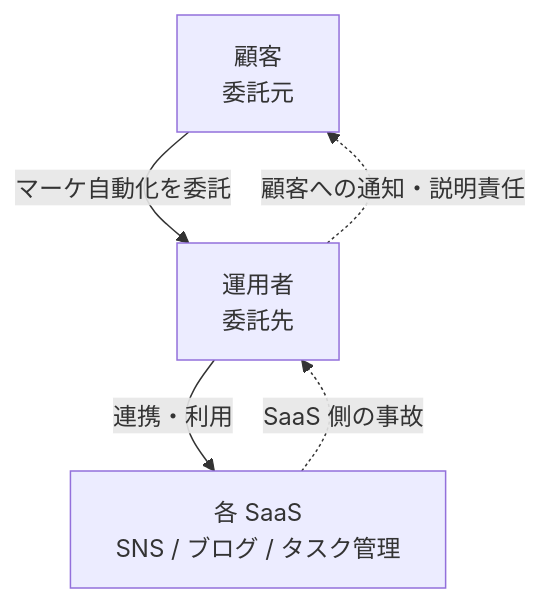
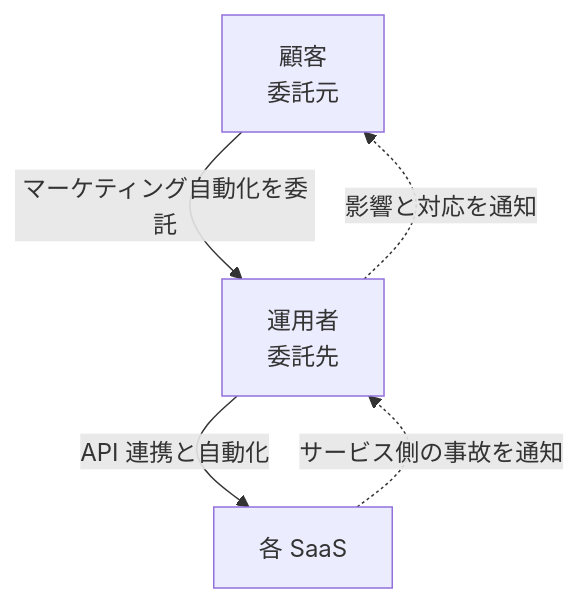
The diagram in docs/05_worked_example.md (suwa-sh/shared-infra-incident-readiness), drawn with Mermaid before and after one commit. The commit also changed other lines of this file and 10 other files, not shown here.

````diff
--- a/docs/05_worked_example.md
+++ b/docs/05_worked_example.md
@@ -30,7 +39,7 @@
 ```mermaid
 graph TB
-  customer["顧客<br/>委託元"] -->|"マーケ自動化を委託"| operator["運用者<br/>委託先"]
-  operator -->|"連携・利用"| saas["各 SaaS<br/>SNS / ブログ / タスク管理"]
-  saas -.->|"SaaS 側の事故"| operator
-  operator -.->|"顧客への通知・説明責任"| customer
+  customer["顧客<br/>委託元"] -->|"マーケティング自動化を委託"| operator["運用者<br/>委託先"]
+  operator -->|"API 連携と自動化"| saas["各 SaaS"]
+  saas -.->|"サービス側の事故を通知"| operator
+  operator -.->|"影響と対応を通知"| customer
 ```
````
